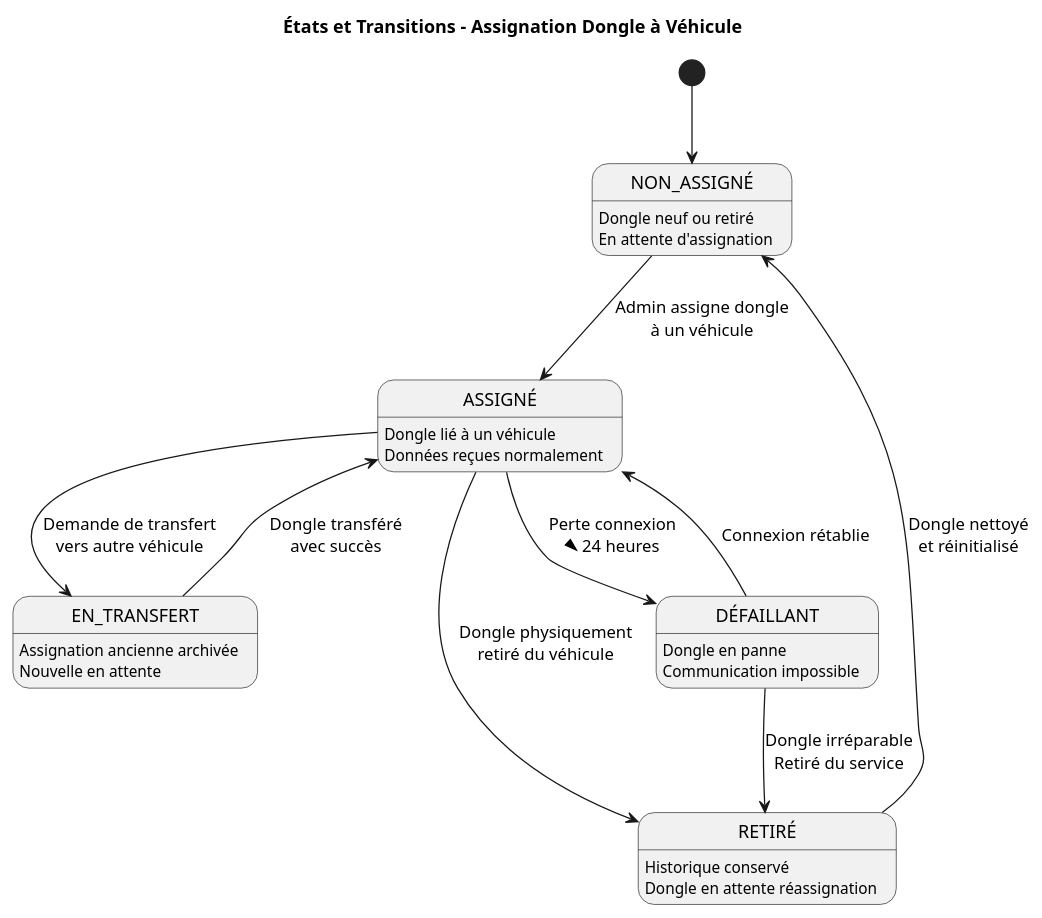
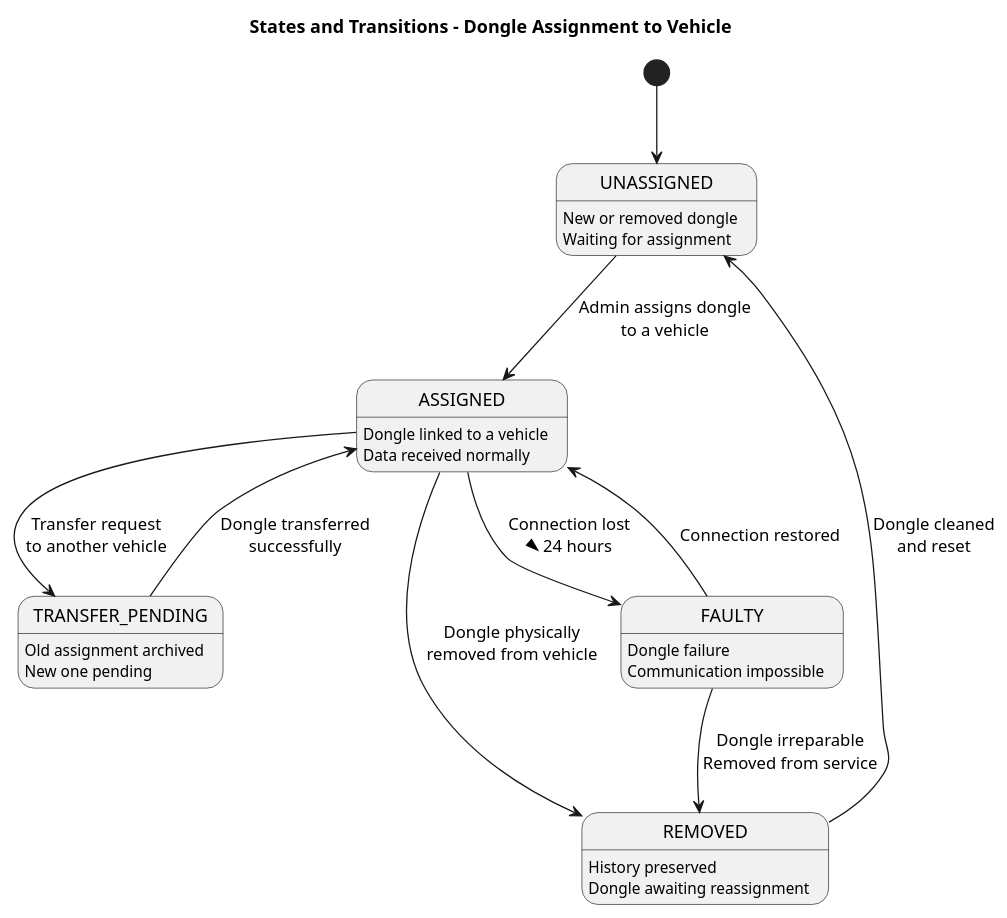
Before and after one commit to imenmallouli/deploy: the seventh of 7 diagrams in docs/design_auto_diagnostic_platform.md, drawn with PlantUML. The commit also changed other lines of this file and 2 other files, not shown here.

````diff
--- a/docs/design_auto_diagnostic_platform.md
+++ b/docs/design_auto_diagnostic_platform.md
@@ -1837,34 +1837,34 @@
 ```plantuml
 @startuml State_Dongle_Assignment
-title États et Transitions - Assignation Dongle à Véhicule
+title States and Transitions - Dongle Assignment to Vehicle
 
-[*] --> NON_ASSIGNÉ
+[*] --> UNASSIGNED
 
-NON_ASSIGNÉ : Dongle neuf ou retiré\nEn attente d'assignation
+UNASSIGNED : New or removed dongle\nWaiting for assignment
 
-NON_ASSIGNÉ --> ASSIGNÉ : Admin assigne dongle\nà un véhicule
+UNASSIGNED --> ASSIGNED : Admin assigns dongle\nto a vehicle
 
-ASSIGNÉ : Dongle lié à un véhicule\nDonnées reçues normalement
+ASSIGNED : Dongle linked to a vehicle\nData received normally
 
-ASSIGNÉ --> EN_TRANSFERT : Demande de transfert\nvers autre véhicule
+ASSIGNED --> TRANSFER_PENDING : Transfer request\nto another vehicle
 
-EN_TRANSFERT : Assignation ancienne archivée\nNouvelle en attente
+TRANSFER_PENDING : Old assignment archived\nNew one pending
 
-EN_TRANSFERT --> ASSIGNÉ : Dongle transféré\navec succès
+TRANSFER_PENDING --> ASSIGNED : Dongle transferred\nsuccessfully
 
-ASSIGNÉ --> RETIRÉ : Dongle physiquement\nretiré du véhicule
+ASSIGNED --> REMOVED : Dongle physically\nremoved from vehicle
 
-RETIRÉ : Historique conservé\nDongle en attente réassignation
+REMOVED : History preserved\nDongle awaiting reassignment
 
-RETIRÉ --> NON_ASSIGNÉ : Dongle nettoyé\net réinitialisé
+REMOVED --> UNASSIGNED : Dongle cleaned\nand reset
 
-ASSIGNÉ --> DÉFAILLANT : Perte connexion\n> 24 heures
+ASSIGNED --> FAULTY : Connection lost\n> 24 hours
 
-DÉFAILLANT : Dongle en panne\nCommunication impossible
+FAULTY : Dongle failure\nCommunication impossible
 
-DÉFAILLANT --> ASSIGNÉ : Connexion rétablie
+FAULTY --> ASSIGNED : Connection restored
 
-DÉFAILLANT --> RETIRÉ : Dongle irréparable\nRetiré du service
+FAULTY --> REMOVED : Dongle irreparable\nRemoved from service
 
 @enduml
 ```
````
